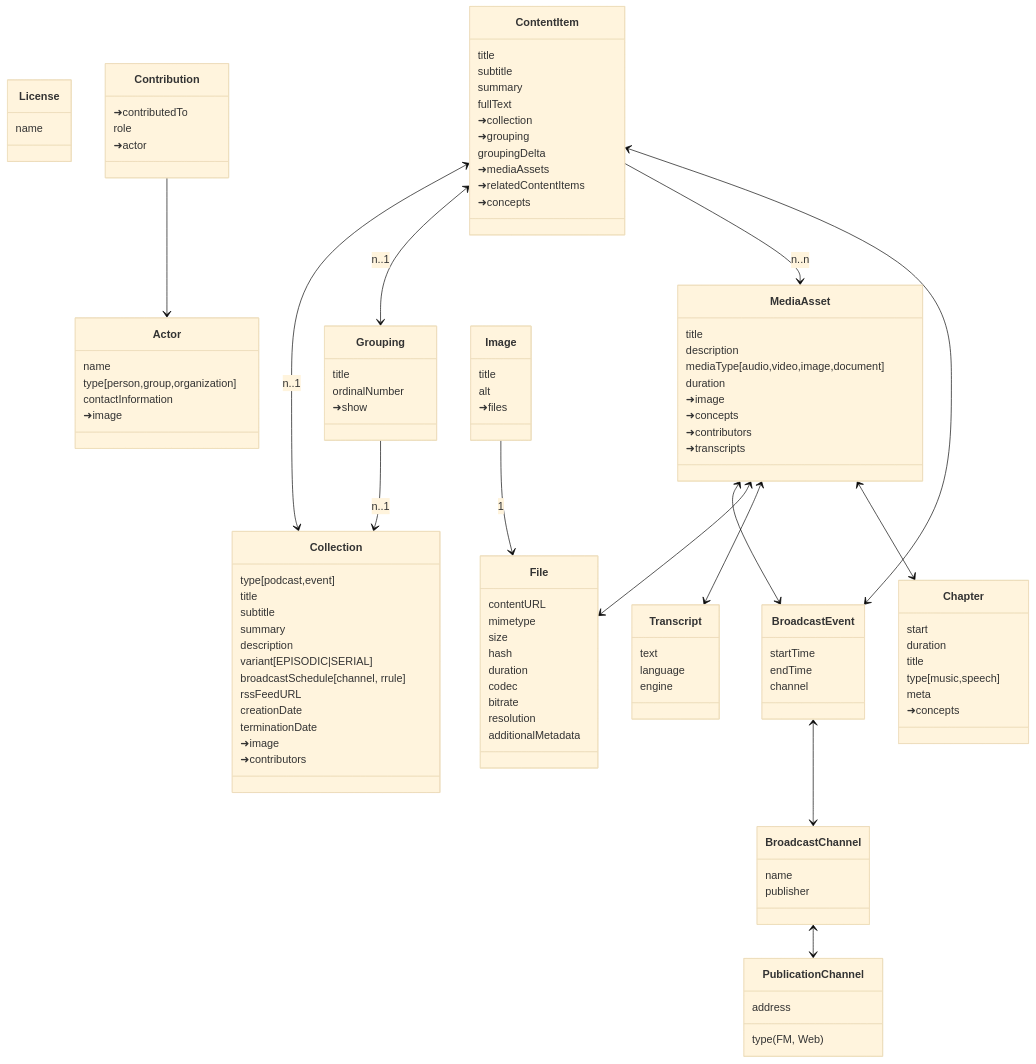
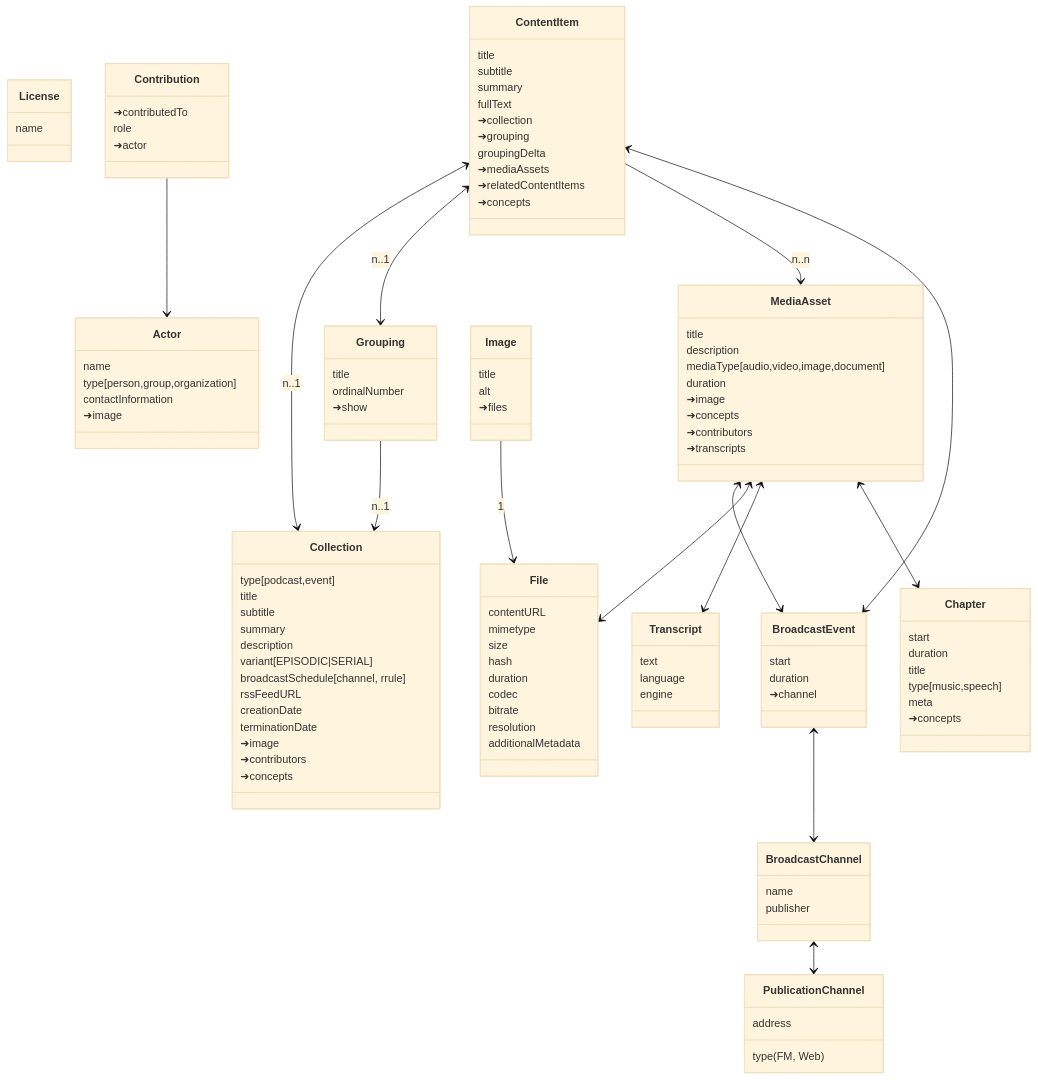
One commit to repco-org/repco changed the first of 2 diagrams in datamodel.md. Above: the diagram before and after it, drawn with Mermaid (base theme).

```diff
--- a/datamodel.md
+++ b/datamodel.md
@@ -62,12 +62,13 @@
     
     ➜image
     ➜contributors
+    ➜concepts
 }
 
 class BroadcastEvent {
-    startTime
-    endTime
-    channel
+    start
+    duration
+    ➜channel
 }
 class BroadcastChannel {
     name
```
